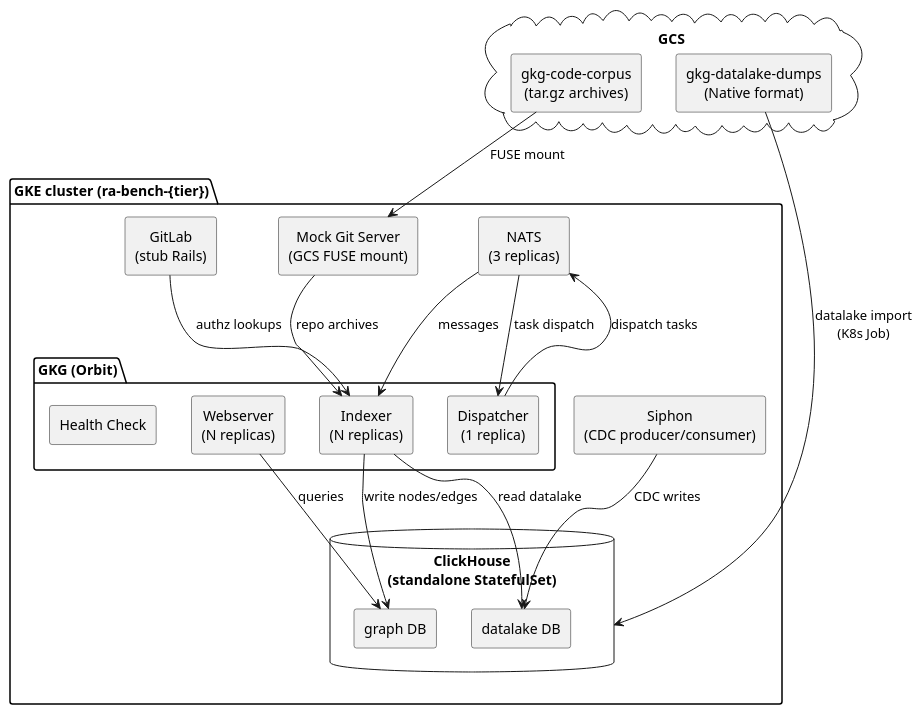
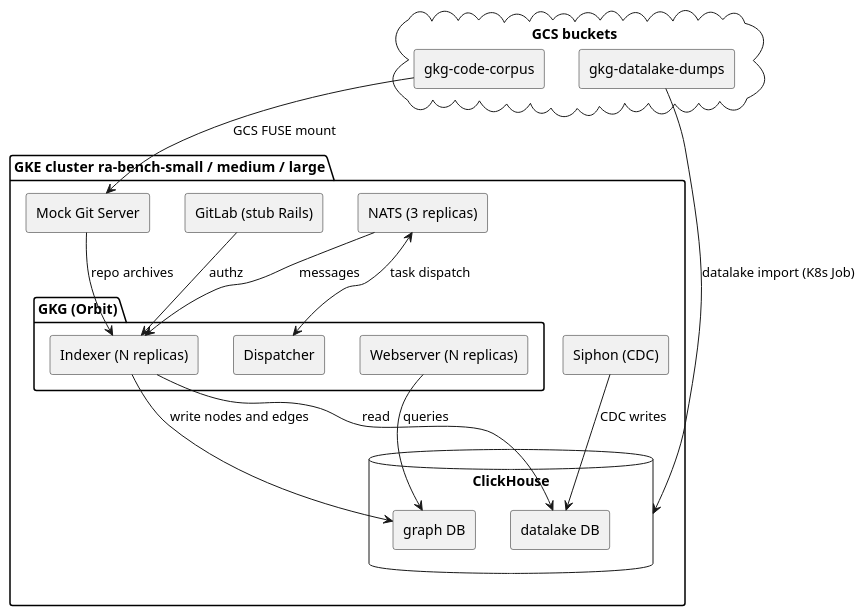
The diagram in bench/README.md (gitlabhq/orbit-knowledge-graph), drawn with PlantUML before and after one commit.

Commit message:
docs(bench): fix PlantUML syntax (remove curly braces)

````diff
--- a/bench/README.md
+++ b/bench/README.md
@@ -19,43 +19,40 @@
 ```plantuml
 @startuml
 skinparam componentStyle rectangle
-skinparam defaultTextAlignment center
 
-package "GKE cluster (ra-bench-{tier})" {
-  component "GitLab\n(stub Rails)" as gitlab
-  component "NATS\n(3 replicas)" as nats
-  component "Siphon\n(CDC producer/consumer)" as siphon
+package "GKE cluster  ra-bench-small / medium / large" as cluster {
+  component "GitLab (stub Rails)" as gitlab
+  component "NATS (3 replicas)" as nats
+  component "Siphon (CDC)" as siphon
 
-  package "GKG (Orbit)" {
-    component "Dispatcher\n(1 replica)" as dispatcher
-    component "Indexer\n(N replicas)" as indexer
-    component "Webserver\n(N replicas)" as webserver
-    component "Health Check" as healthcheck
+  package "GKG (Orbit)" as gkg {
+    component "Dispatcher" as dispatcher
+    component "Indexer (N replicas)" as indexer
+    component "Webserver (N replicas)" as webserver
   }
 
-  database "ClickHouse\n(standalone StatefulSet)" as ch {
+  database "ClickHouse" as ch {
     component "datalake DB" as datalake
     component "graph DB" as graph
   }
 
-  component "Mock Git Server\n(GCS FUSE mount)" as mockgit
+  component "Mock Git Server" as mockgit
 }
 
-cloud "GCS" {
-  component "gkg-datalake-dumps\n(Native format)" as gcsdump
-  component "gkg-code-corpus\n(tar.gz archives)" as gcscorpus
+cloud "GCS buckets" as gcs {
+  component "gkg-datalake-dumps" as gcsdump
+  component "gkg-code-corpus" as gcscorpus
 }
 
-gitlab --> indexer : authz lookups
-nats --> dispatcher : task dispatch
+gitlab --> indexer : authz
+nats <--> dispatcher : task dispatch
 nats --> indexer : messages
 siphon --> datalake : CDC writes
-dispatcher --> nats : dispatch tasks
-indexer --> graph : write nodes/edges
-indexer --> datalake : read datalake
+indexer --> graph : write nodes and edges
+indexer --> datalake : read
 webserver --> graph : queries
 mockgit --> indexer : repo archives
-gcsdump --> ch : datalake import\n(K8s Job)
-gcscorpus --> mockgit : FUSE mount
+gcsdump --> ch : datalake import (K8s Job)
+gcscorpus --> mockgit : GCS FUSE mount
 @enduml
 ```
````
